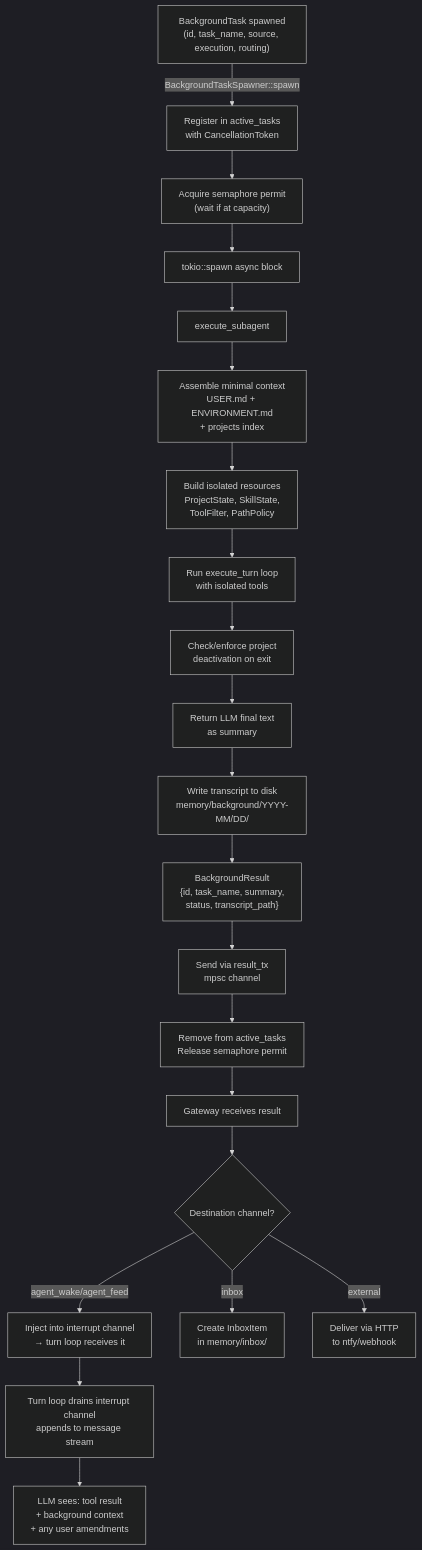
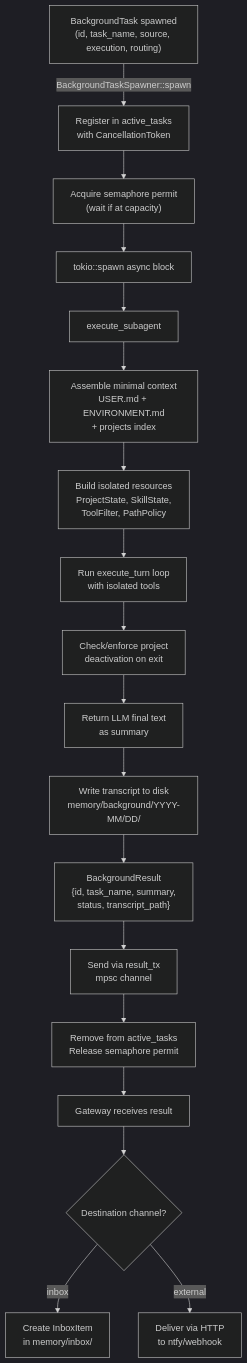
One commit to Grizzly-Endeavors/residuum changed the diagram in src/background/README.md. Above: the diagram before and after it, drawn with Mermaid (dark theme). The commit also changed other lines of this file and 16 other files, not shown here.

First line of the commit message:
feat: wire webhook routing through bus, replace agent_feed defaults with inbox

````diff
--- a/src/background/README.md
+++ b/src/background/README.md
@@ -253,30 +253,26 @@
 ```mermaid
 graph TD
     A["BackgroundTask spawned<br/>(id, task_name, source, execution, routing)"]
     A -->|BackgroundTaskSpawner::spawn| B["Register in active_tasks<br/>with CancellationToken"]
     B --> C["Acquire semaphore permit<br/>(wait if at capacity)"]
     C --> D["tokio::spawn async block"]
 
     D --> F["execute_subagent"]
 
     F --> F1["Assemble minimal context<br/>USER.md + ENVIRONMENT.md<br/>+ projects index"]
     F1 --> F2["Build isolated resources<br/>ProjectState, SkillState,<br/>ToolFilter, PathPolicy"]
     F2 --> F3["Run execute_turn loop<br/>with isolated tools"]
     F3 --> F4["Check/enforce project<br/>deactivation on exit"]
     F4 --> F5["Return LLM final text<br/>as summary"]
 
     F5 --> H["Write transcript to disk<br/>memory/background/YYYY-MM/DD/"]
 
     H --> I["BackgroundResult<br/>{id, task_name, summary,<br/>status, transcript_path}"]
     I --> J["Send via result_tx<br/>mpsc channel"]
     J --> K["Remove from active_tasks<br/>Release semaphore permit"]
 
     K --> L["Gateway receives result"]
     L --> P{Destination channel?}
-    P -->|agent_wake/agent_feed| Q["Inject into interrupt channel<br/>→ turn loop receives it"]
     P -->|inbox| R["Create InboxItem<br/>in memory/inbox/"]
     P -->|external| S["Deliver via HTTP<br/>to ntfy/webhook"]
-
-    Q --> T["Turn loop drains interrupt channel<br/>appends to message stream"]
-    T --> U["LLM sees: tool result<br/>+ background context<br/>+ any user amendments"]
 ```
````
